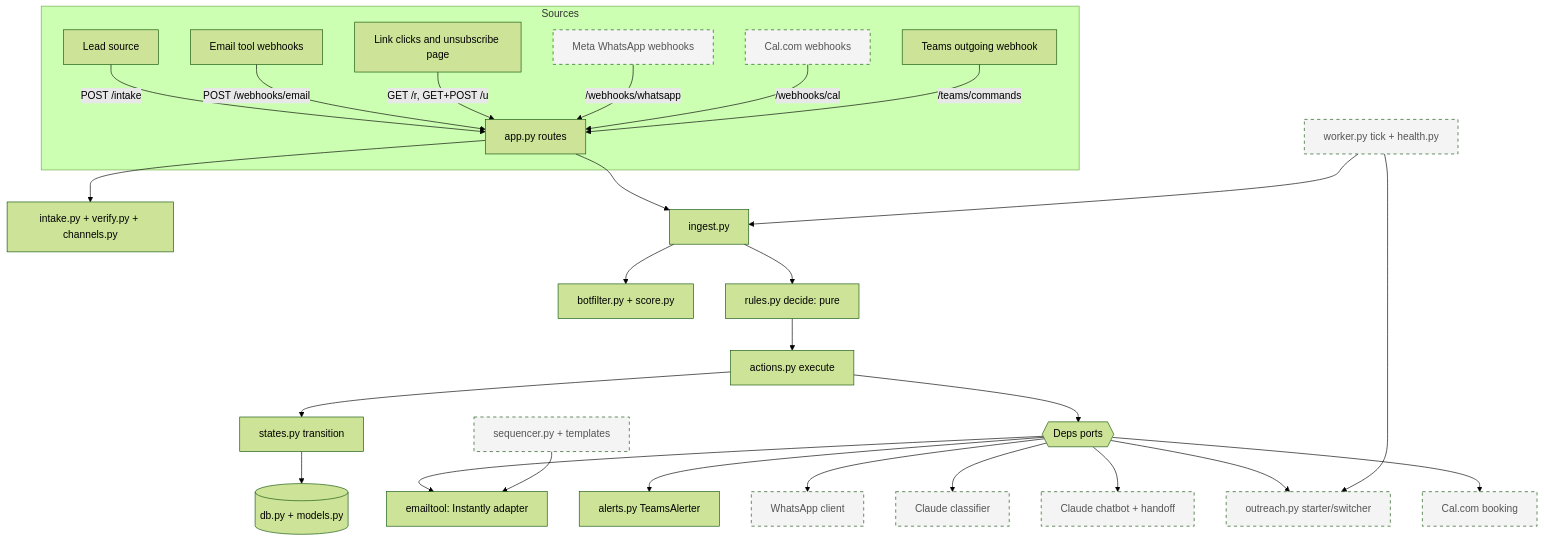
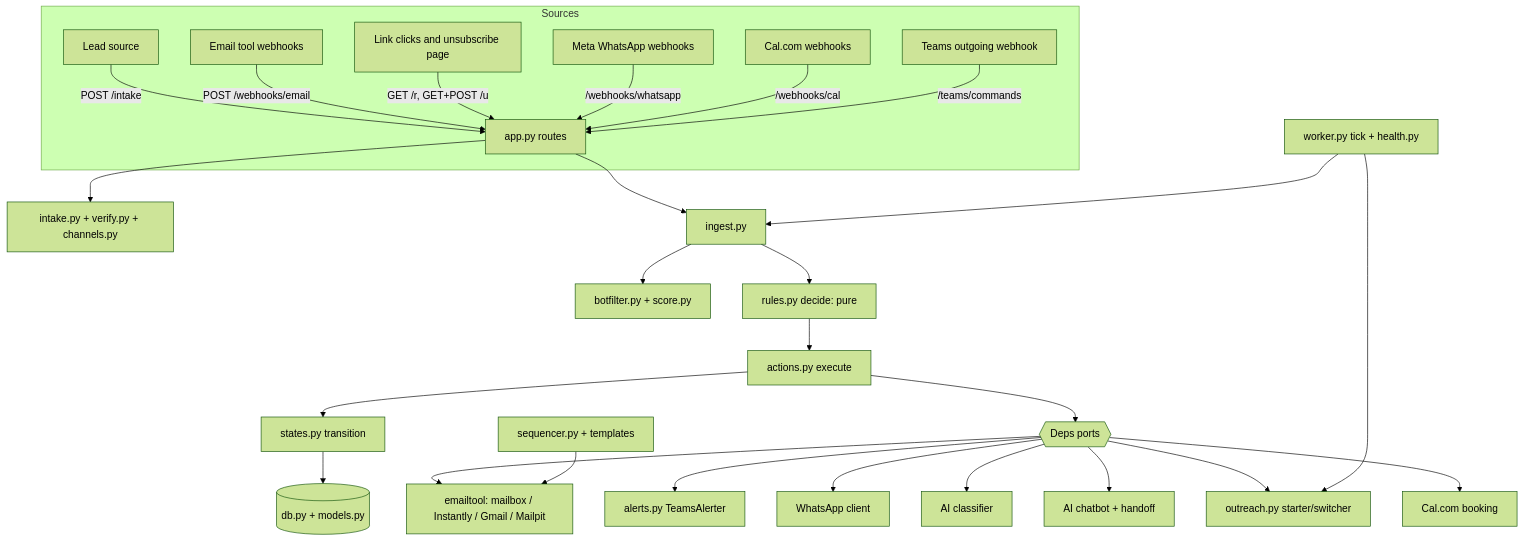
Before and after one commit to deepraj0011/ozoo-outreach-agent: the diagram in docs/progress/architecture.md, drawn with Mermaid (forest theme). The commit also changed other lines of this file and 33 other files, not shown here.

````diff
--- a/docs/progress/architecture.md
+++ b/docs/progress/architecture.md
@@ -7,30 +7,29 @@
 ```mermaid
 flowchart TD
     subgraph SRC[Sources]
         LS[Lead source] -->|POST /intake| APP
         EW[Email tool webhooks] -->|POST /webhooks/email| APP
         CL[Link clicks and unsubscribe page] -->|GET /r, GET+POST /u| APP
-        WAW[Meta WhatsApp webhooks]:::planned -->|/webhooks/whatsapp| APP
-        CAW[Cal.com webhooks]:::planned -->|/webhooks/cal| APP
+        WAW[Meta WhatsApp webhooks] -->|/webhooks/whatsapp| APP
+        CAW[Cal.com webhooks] -->|/webhooks/cal| APP
         TMC[Teams outgoing webhook] -->|/teams/commands| APP
     end
     APP[app.py routes] --> INTAKE[intake.py + verify.py + channels.py]
     APP --> INGEST[ingest.py]
     INGEST --> BOT[botfilter.py + score.py]
     INGEST --> RULES[rules.py decide: pure]
     RULES --> ACTIONS[actions.py execute]
     ACTIONS --> STATES[states.py transition]
     STATES --> DB[(db.py + models.py)]
     ACTIONS --> PORTS{{Deps ports}}
-    PORTS --> EMAIL[emailtool: Instantly adapter]
+    PORTS --> EMAIL[emailtool: mailbox / Instantly / Gmail / Mailpit]
     PORTS --> TEAMS[alerts.py TeamsAlerter]
-    PORTS --> WA[WhatsApp client]:::planned
-    PORTS --> CLS[Claude classifier]:::planned
-    PORTS --> CHAT[Claude chatbot + handoff]:::planned
-    PORTS --> OUT[outreach.py starter/switcher]:::planned
-    PORTS --> CAL[Cal.com booking]:::planned
-    SEQ[sequencer.py + templates]:::planned --> EMAIL
-    WORKER[worker.py tick + health.py]:::planned --> OUT
+    PORTS --> WA[WhatsApp client]
+    PORTS --> CLS[AI classifier]
+    PORTS --> CHAT[AI chatbot + handoff]
+    PORTS --> OUT[outreach.py starter/switcher]
+    PORTS --> CAL[Cal.com booking]
+    SEQ[sequencer.py + templates] --> EMAIL
+    WORKER[worker.py tick + health.py] --> OUT
     WORKER --> INGEST
-    classDef planned stroke-dasharray: 5 5,fill:#f4f4f4,color:#555;
 ```
````
